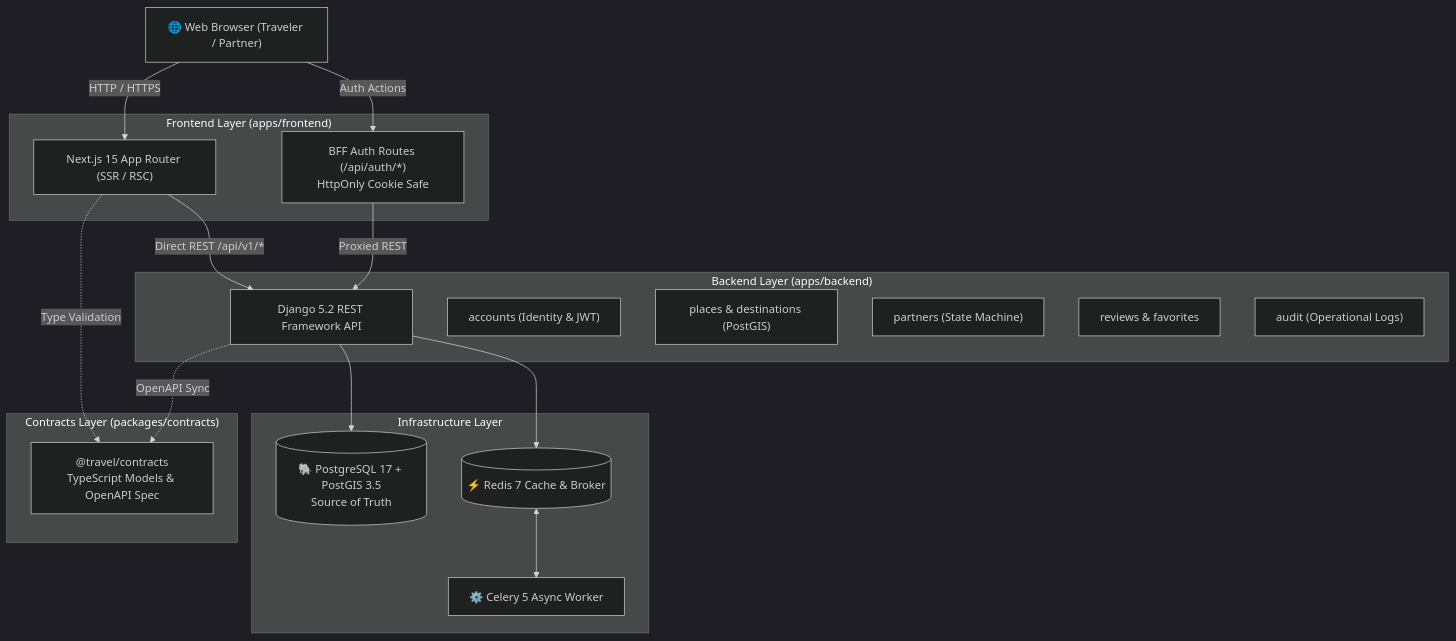
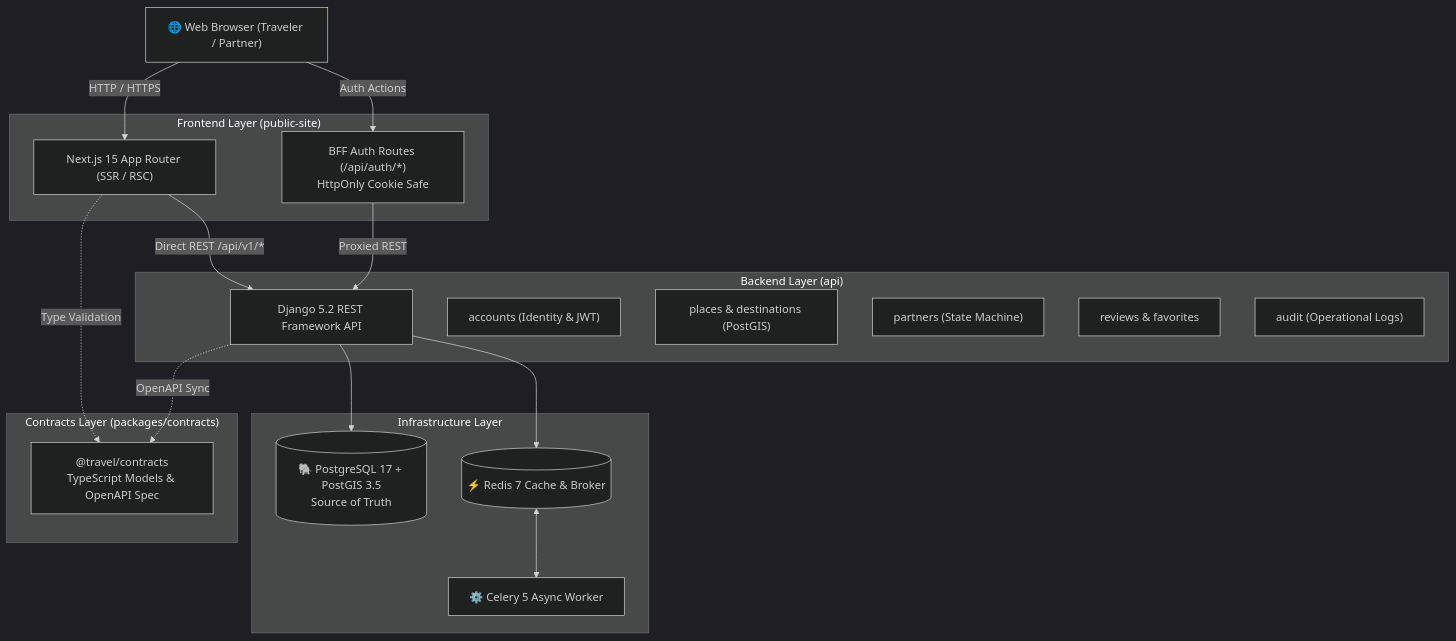
Before and after one commit to STAR-Trevaling/Website-Traveling: the diagram in README.md, drawn with Mermaid (dark theme). The commit also changed other lines of this file and 206 other files, not shown here.

Commit message:
chore: restructure to senior production layout (api, public-site) and remove apps/admin

````diff
--- a/README.md
+++ b/README.md
@@ -42,38 +42,38 @@
 ```mermaid
 graph TD
     Client["🌐 Web Browser (Traveler / Partner)"]
     
-    subgraph "Frontend Layer (apps/frontend)"
+    subgraph "Frontend Layer (public-site)"
         NextWeb["Next.js 15 App Router (SSR / RSC)"]
         BFF["BFF Auth Routes (/api/auth/*)<br/>HttpOnly Cookie Safe"]
     end
     
     subgraph "Contracts Layer (packages/contracts)"
         Contracts["@travel/contracts<br/>TypeScript Models & OpenAPI Spec"]
     end
     
-    subgraph "Backend Layer (apps/backend)"
+    subgraph "Backend Layer (api)"
         DRF["Django 5.2 REST Framework API"]
         AuthCtx["accounts (Identity & JWT)"]
         GeoCtx["places & destinations (PostGIS)"]
         PartnerCtx["partners (State Machine)"]
         ReviewCtx["reviews & favorites"]
         AuditCtx["audit (Operational Logs)"]
     end
     
     subgraph "Infrastructure Layer"
         Postgres[("🐘 PostgreSQL 17 + PostGIS 3.5<br/>Source of Truth")]
         Redis[("⚡ Redis 7 Cache & Broker")]
         CeleryWorker["⚙️ Celery 5 Async Worker"]
     end
 
     Client -->|HTTP / HTTPS| NextWeb
     Client -->|Auth Actions| BFF
     BFF -->|Proxied REST| DRF
     NextWeb -.->|Type Validation| Contracts
     DRF -.->|OpenAPI Sync| Contracts
     NextWeb -->|Direct REST /api/v1/*| DRF
     DRF --> Postgres
     DRF --> Redis
     Redis <--> CeleryWorker
 ```
````
